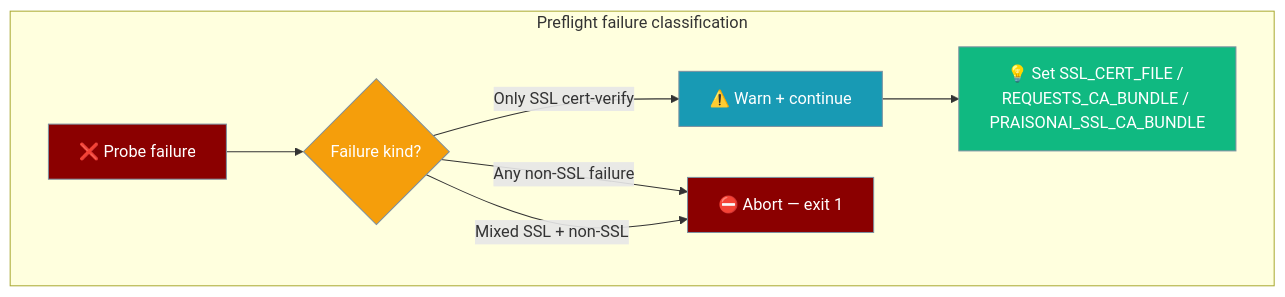
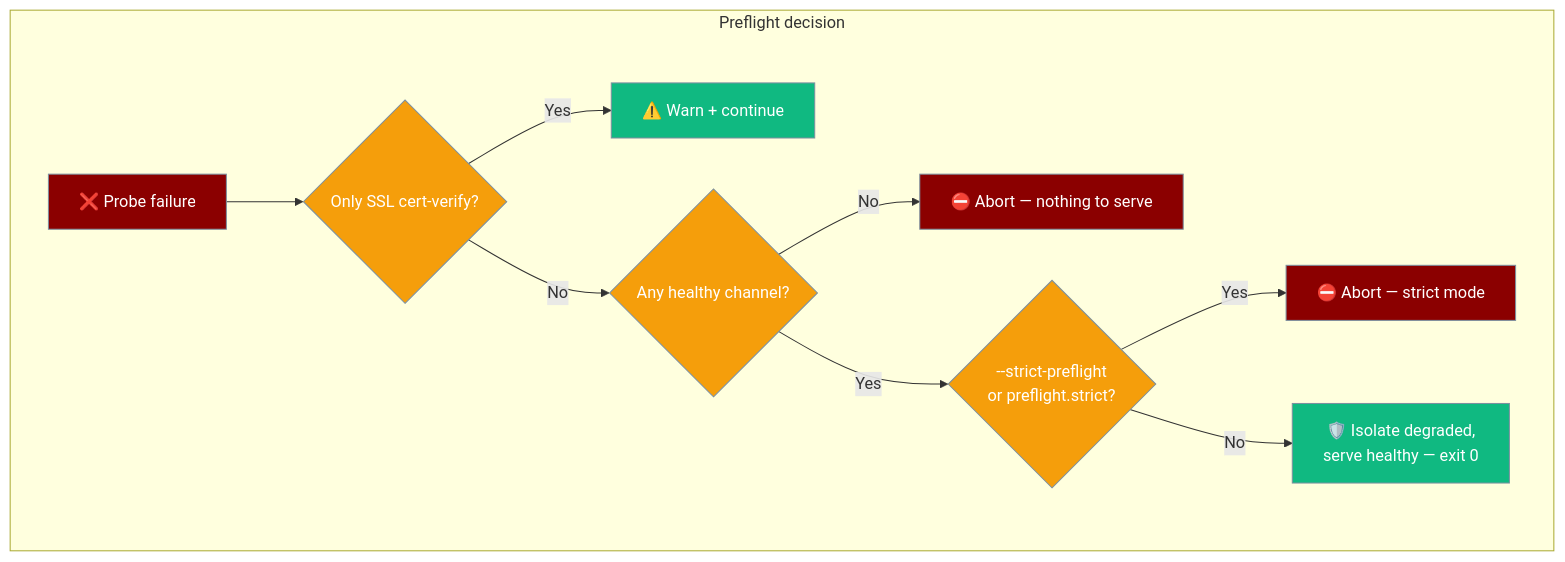
One commit to MervinPraison/PraisonAIDocs changed the eighth of 13 diagrams in docs/features/gateway-cli.mdx. Above: the diagram before and after it, drawn with Mermaid. The commit also changed other lines of this file and 3 other files, not shown here.

First line of the commit message:
docs: gateway preflight isolates degraded channels by default (--strict-preflight opt-in) (fixes #3877)

````diff
--- a/docs/features/gateway-cli.mdx
+++ b/docs/features/gateway-cli.mdx
@@ -996,22 +1024,23 @@
 ```mermaid
 graph TB
-    subgraph "Preflight failure classification"
-        Fail[❌ Probe failure] --> Kind{Failure kind?}
-        Kind -->|Only SSL cert-verify| Soft[⚠️ Warn + continue]
-        Kind -->|Any non-SSL failure| Hard[⛔ Abort — exit 1]
-        Kind -->|Mixed SSL + non-SSL| Hard
-        Soft --> Hint[💡 Set SSL_CERT_FILE / REQUESTS_CA_BUNDLE / PRAISONAI_SSL_CA_BUNDLE]
+    subgraph "Preflight decision"
+        Fail[❌ Probe failure] --> Kind{Only SSL cert-verify?}
+        Kind -->|Yes| Soft[⚠️ Warn + continue]
+        Kind -->|No| Cred{Any healthy channel?}
+        Cred -->|No| Abort1[⛔ Abort — nothing to serve]
+        Cred -->|Yes| Strict{--strict-preflight<br/>or preflight.strict?}
+        Strict -->|Yes| Abort2[⛔ Abort — strict mode]
+        Strict -->|No| Isolate[🛡️ Isolate degraded,<br/>serve healthy — exit 0]
     end
 
     classDef fail fill:#8B0000,stroke:#7C90A0,color:#fff
     classDef gate fill:#F59E0B,stroke:#7C90A0,color:#fff
     classDef soft fill:#189AB4,stroke:#7C90A0,color:#fff
     classDef hard fill:#8B0000,stroke:#7C90A0,color:#fff
     classDef ok fill:#10B981,stroke:#7C90A0,color:#fff
 
     class Fail fail
-    class Kind gate
-    class Soft soft
-    class Hard hard
-    class Hint ok
+    class Kind,Cred,Strict gate
+    class Soft,Isolate ok
+    class Abort1,Abort2 hard
 ```
````
